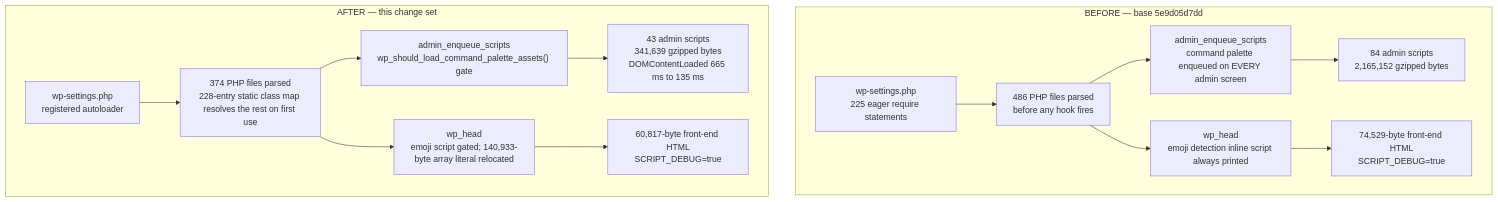
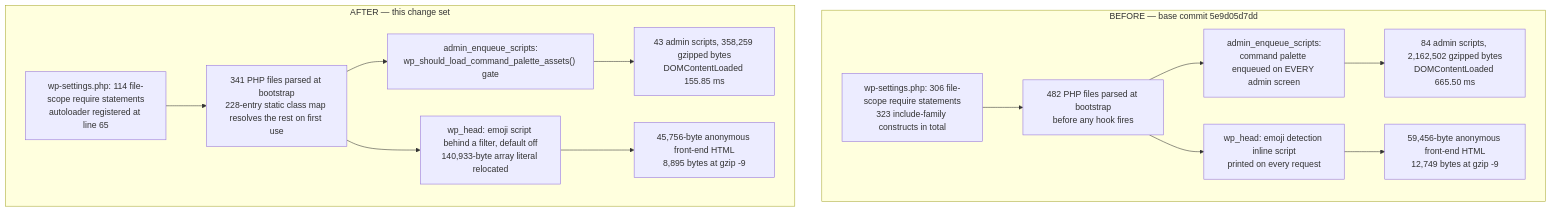
One commit to blitzy-research/wordpress-develop changed the diagram in docs/performance-optimization-report.md. Above: the diagram before and after it, drawn with Mermaid. The commit also changed other lines of this file, not shown here.

````diff
--- a/docs/performance-optimization-report.md
+++ b/docs/performance-optimization-report.md
@@ -183,19 +475,17 @@
 ```mermaid
 graph TD
-    subgraph BEFORE["BEFORE — base 5e9d05d7dd"]
-        B1["wp-settings.php<br/>225 eager require statements"] --> B2["486 PHP files parsed<br/>before any hook fires"]
-        B2 --> B3["admin_enqueue_scripts<br/>command palette enqueued on EVERY admin screen"]
-        B3 --> B4["84 admin scripts<br/>2,165,152 gzipped bytes"]
-        B2 --> B5["wp_head<br/>emoji detection inline script always printed"]
-        B5 --> B6["74,529-byte front-end HTML<br/>SCRIPT_DEBUG=true"]
+    subgraph BEFORE["BEFORE — base commit 5e9d05d7dd"]
+        B1["wp-settings.php: 306 file-scope require statements<br/>323 include-family constructs in total"] --> B2["482 PHP files parsed at bootstrap<br/>before any hook fires"]
+        B2 --> B3["admin_enqueue_scripts:<br/>command palette enqueued on EVERY admin screen"]
+        B3 --> B4["84 admin scripts, 2,162,502 gzipped bytes<br/>DOMContentLoaded 665.50 ms"]
+        B2 --> B5["wp_head: emoji detection inline script<br/>printed on every request"]
+        B5 --> B6["59,456-byte anonymous front-end HTML<br/>12,749 bytes at gzip -9"]
     end
     subgraph AFTER["AFTER — this change set"]
-        A1["wp-settings.php<br/>registered autoloader"] --> A2["374 PHP files parsed<br/>228-entry static class map resolves the rest on first use"]
-        A2 --> A3["admin_enqueue_scripts<br/>wp_should_load_command_palette_assets() gate"]
-        A3 --> A4["43 admin scripts<br/>341,639 gzipped bytes<br/>DOMContentLoaded 665 ms to 135 ms"]
-        A2 --> A5["wp_head<br/>emoji script gated; 140,933-byte array literal relocated"]
-        A5 --> A6["60,817-byte front-end HTML<br/>SCRIPT_DEBUG=true"]
+        A1["wp-settings.php: 114 file-scope require statements<br/>autoloader registered at line 65"] --> A2["341 PHP files parsed at bootstrap<br/>228-entry static class map resolves the rest on first use"]
+        A2 --> A3["admin_enqueue_scripts:<br/>wp_should_load_command_palette_assets() gate"]
+        A3 --> A4["43 admin scripts, 358,259 gzipped bytes<br/>DOMContentLoaded 155.85 ms"]
+        A2 --> A5["wp_head: emoji script behind a filter, default off<br/>140,933-byte array literal relocated"]
+        A5 --> A6["45,756-byte anonymous front-end HTML<br/>8,895 bytes at gzip -9"]
     end
-%% Legend: each AFTER node is the measured counterpart of the BEFORE node in the same row.
-%% Every figure is a median over 20 iterations x 2 repetitions from tests/performance/.
 ```
````
